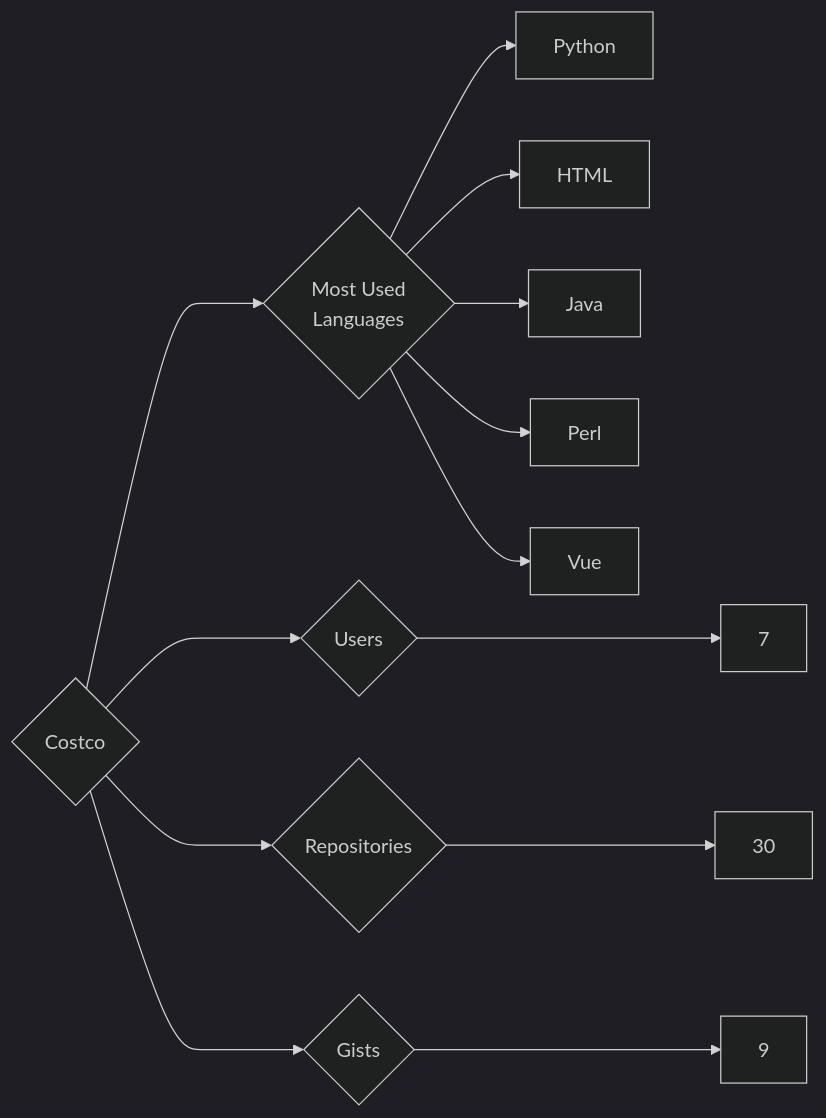
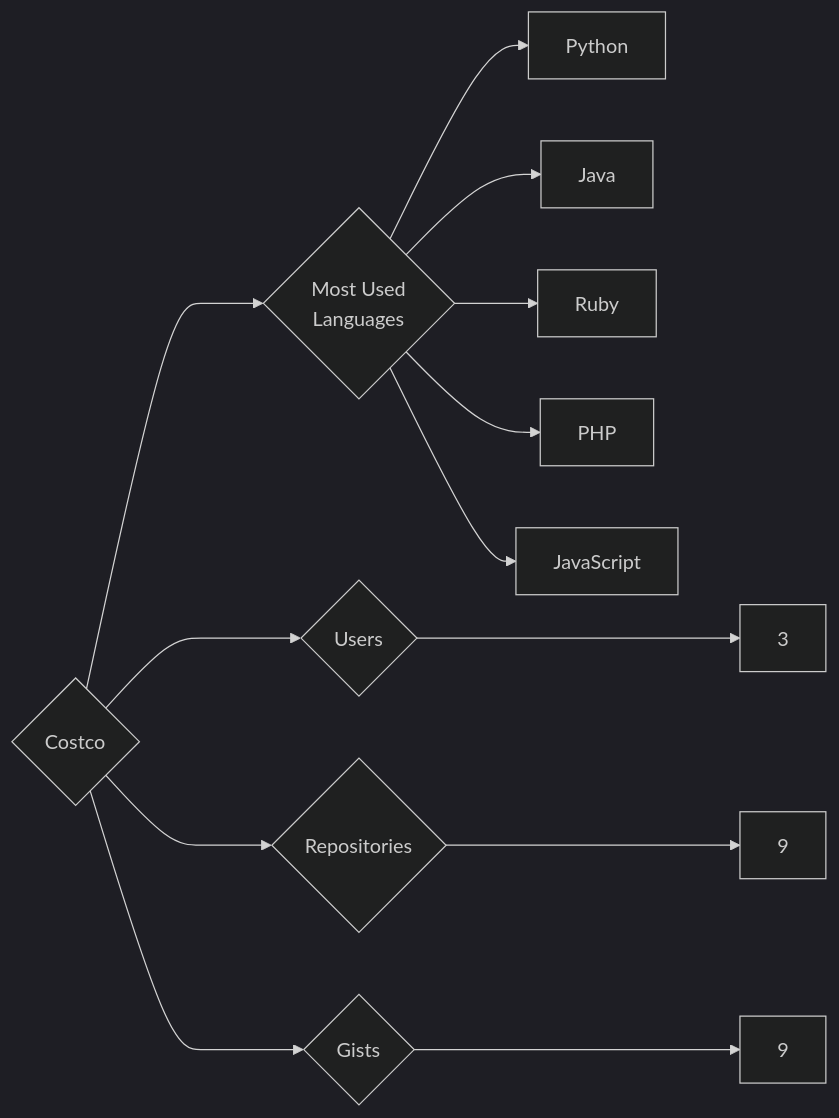
One commit to trickest/insiders changed the diagram in targets/Costco/README.md. Above: the diagram before and after it, drawn with Mermaid (dark theme). The commit also changed 1212 other files, not shown here.

````diff
--- a/targets/Costco/README.md
+++ b/targets/Costco/README.md
@@ -3,13 +3,13 @@
 ```mermaid
 graph LR
 COMPANY_NAME{Costco}
-COMPANY_NAME ---> U{Users} ---> UN[7]
-COMPANY_NAME ---> R{Repositories} ---> RN[30]
+COMPANY_NAME ---> U{Users} ---> UN[3]
+COMPANY_NAME ---> R{Repositories} ---> RN[9]
 COMPANY_NAME ---> G{Gists} ---> GN[9]
 COMPANY_NAME ---> ML{Most Used<br>Languages}
 ML --> Python[Python]
-ML --> HTML[HTML]
 ML --> Java[Java]
-ML --> Perl[Perl]
-ML --> Vue[Vue]
+ML --> Ruby[Ruby]
+ML --> PHP[PHP]
+ML --> JavaScript[JavaScript]
 ```
````
